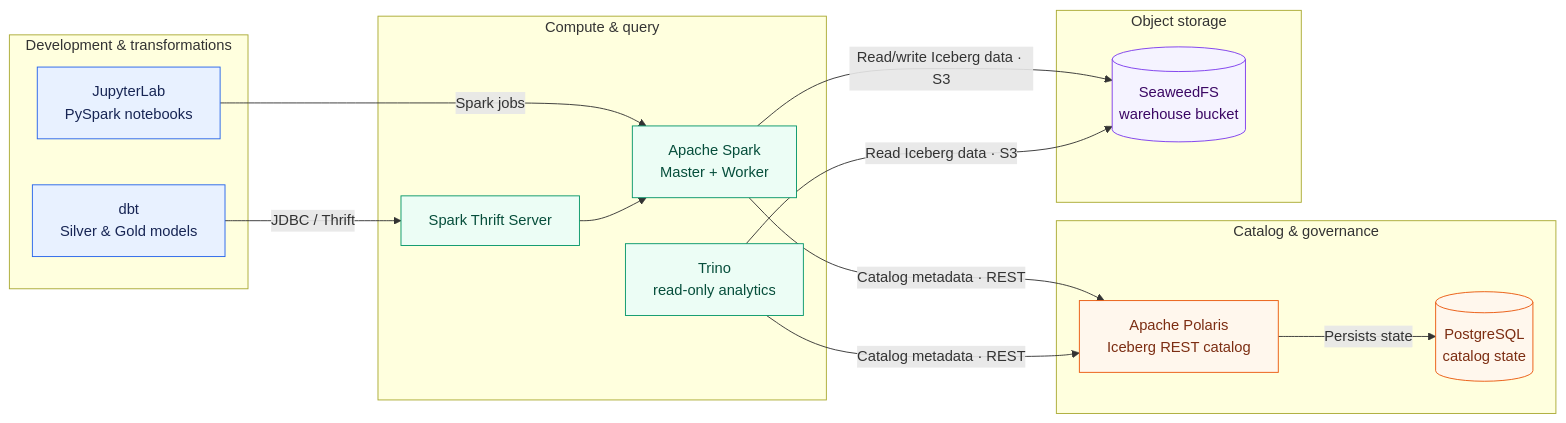
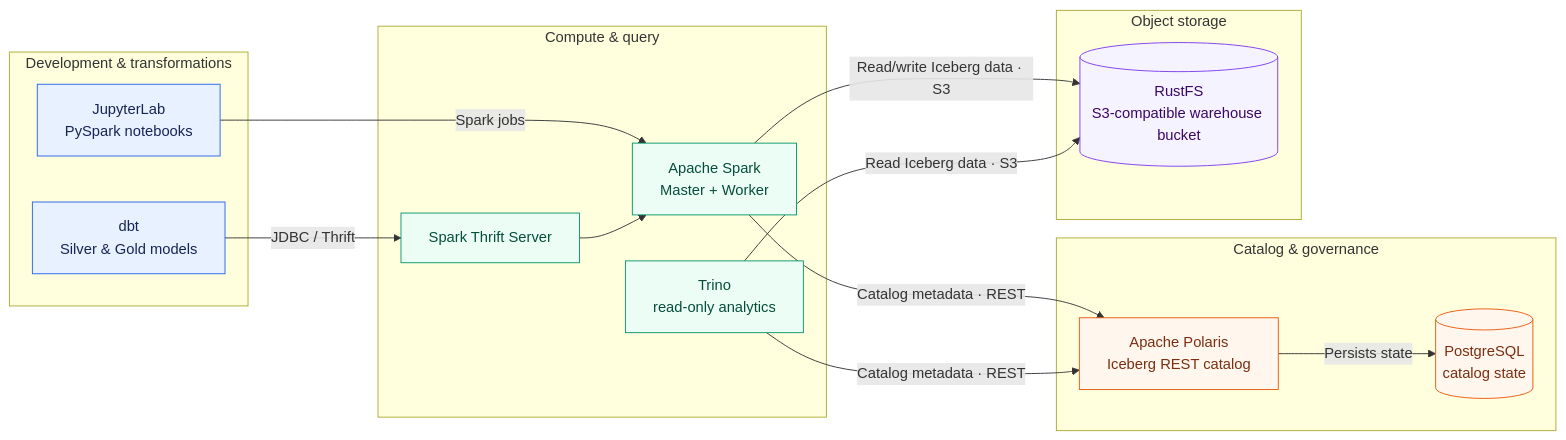
Before and after one commit to GetSpiffed/lakehouse-unplugged: the diagram in README.md, drawn with Mermaid. The commit also changed other lines of this file and 16 other files, not shown here.

Commit message:
bumped polaris to version 1.7.0, replaced SeaweedFS for RustFS

````diff
--- a/README.md
+++ b/README.md
@@ -10,43 +10,43 @@
 ```mermaid
 flowchart LR
     subgraph development["Development & transformations"]
         jupyter["JupyterLab<br/>PySpark notebooks"]
         dbt["dbt<br/>Silver & Gold models"]
     end
 
     subgraph compute["Compute & query"]
         spark["Apache Spark<br/>Master + Worker"]
         thrift["Spark Thrift Server"]
         trino["Trino<br/>read-only analytics"]
     end
 
     subgraph catalog["Catalog & governance"]
         polaris["Apache Polaris<br/>Iceberg REST catalog"]
         postgres[("PostgreSQL<br/>catalog state")]
     end
 
     subgraph storage["Object storage"]
-        seaweed[("SeaweedFS<br/>warehouse bucket")]
+        rustfs[("RustFS<br/>S3-compatible warehouse bucket")]
     end
 
     jupyter -->|"Spark jobs"| spark
     dbt -->|"JDBC / Thrift"| thrift
     thrift --> spark
 
     spark -->|"Catalog metadata · REST"| polaris
     trino -->|"Catalog metadata · REST"| polaris
     polaris -->|"Persists state"| postgres
 
-    spark -->|"Read/write Iceberg data · S3"| seaweed
-    trino -->|"Read Iceberg data · S3"| seaweed
+    spark -->|"Read/write Iceberg data · S3"| rustfs
+    trino -->|"Read Iceberg data · S3"| rustfs
 
     classDef client fill:#e8f1ff,stroke:#2563eb,color:#172554
     classDef engine fill:#ecfdf5,stroke:#059669,color:#064e3b
     classDef metadata fill:#fff7ed,stroke:#ea580c,color:#7c2d12
     classDef data fill:#f5f3ff,stroke:#7c3aed,color:#3b0764
 
     class jupyter,dbt client
     class spark,thrift,trino engine
     class polaris,postgres metadata
-    class seaweed data
+    class rustfs data
 ```
````
